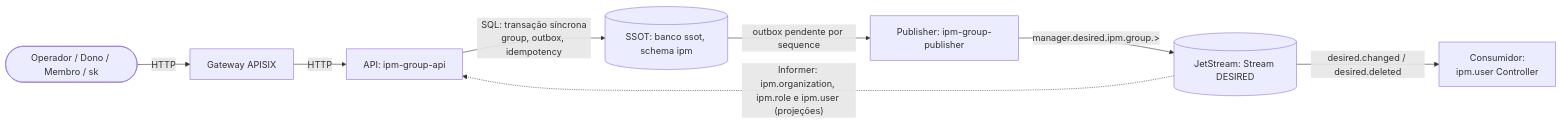
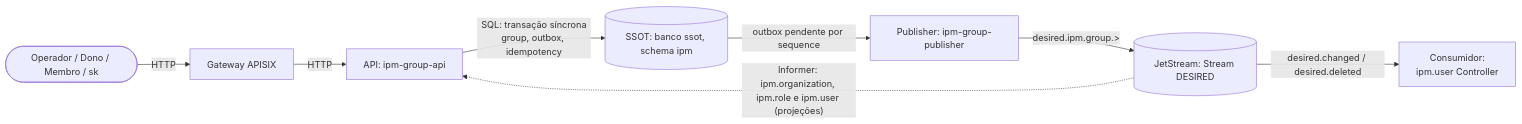
Before and after one commit to danielsabatini/smarkee: the diagram in features/ipm/group/docs/architecture/01-componentes.mmd, drawn with Mermaid. The commit also changed 81 other files, not shown here.

Commit message:
docs: alinhar documentações e diagramas aos subjects de 4 tokens do NATS

```diff
--- a/features/ipm/group/docs/architecture/01-componentes.mmd
+++ b/features/ipm/group/docs/architecture/01-componentes.mmd
@@ -1,8 +1,8 @@
 flowchart LR
   U([Operador / Dono / Membro / sk]) -->|HTTP| GW[Gateway APISIX]
   GW -->|HTTP| API[API: ipm-group-api]
   API -->|SQL: transação síncrona\ngroup, outbox, idempotency| DB[(SSOT: banco ssot, schema ipm)]
   NATS[(JetStream: Stream DESIRED)] -.->|"Informer: ipm.organization, ipm.role e ipm.user (projeções)"| API
   DB -->|outbox pendente por sequence| PUB[Publisher: ipm-group-publisher]
-  PUB -->|manager.desired.ipm.group.>| NATS
+  PUB -->|desired.ipm.group.>| NATS
   NATS -->|desired.changed / desired.deleted| CONS[Consumidor:\nipm.user Controller]
```
